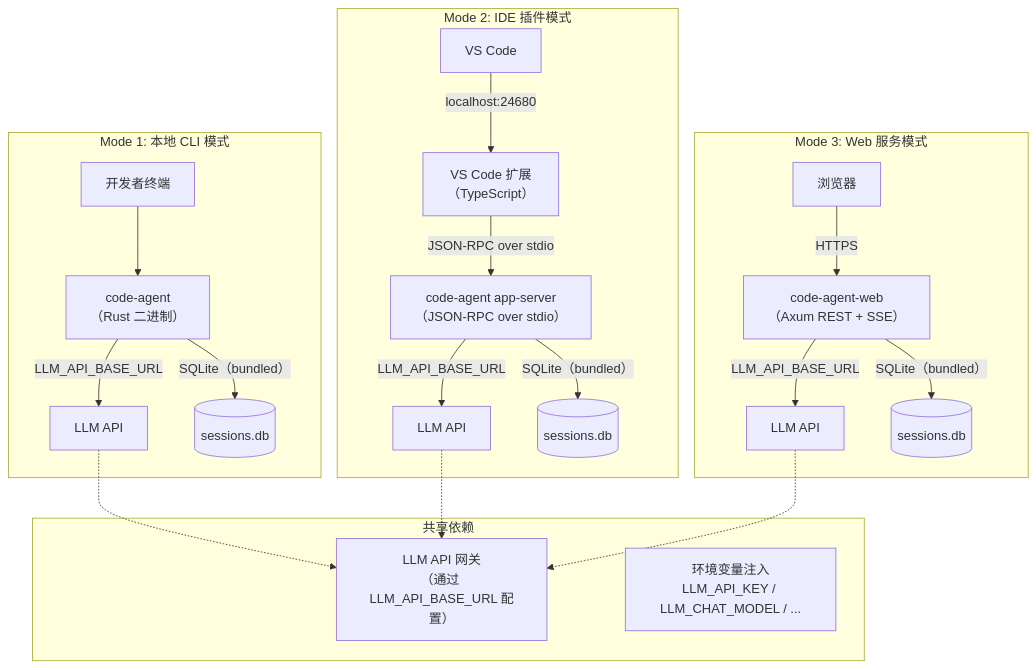
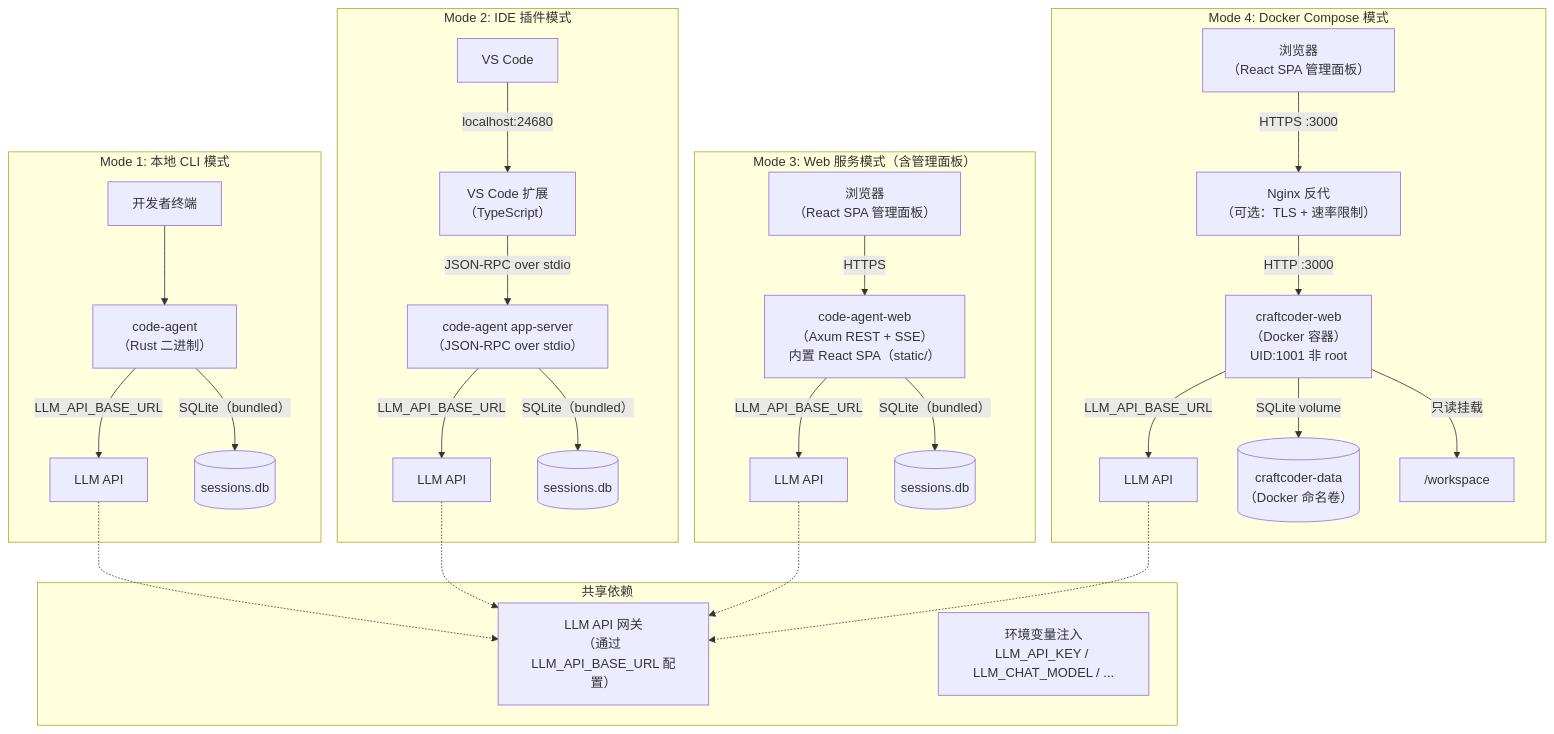
The first of 2 diagrams in doc/部署手册.md (anrror/CraftCoder), drawn with Mermaid before and after one commit. The commit also changed other lines of this file and 114 other files, not shown here.

````diff
--- a/doc/部署手册.md
+++ b/doc/部署手册.md
@@ -340,40 +467,53 @@
 ```mermaid
 graph TB
     subgraph Mode1["Mode 1: 本地 CLI 模式"]
         DEV1["开发者终端"]
         CLI1["code-agent<br/>（Rust 二进制）"]
         LLM1["LLM API"]
         DEV1 --> CLI1
         CLI1 -->|"LLM_API_BASE_URL"| LLM1
         CLI1 -->|"SQLite（bundled）"| DB1[("sessions.db")]
     end
 
     subgraph Mode2["Mode 2: IDE 插件模式"]
         DEV2["VS Code"]
         EXT["VS Code 扩展<br/>（TypeScript）"]
         APP_SRV["code-agent app-server<br/>（JSON-RPC over stdio）"]
         LLM2["LLM API"]
         DEV2 -->|"localhost:24680"| EXT
         EXT -->|"JSON-RPC over stdio"| APP_SRV
         APP_SRV -->|LLM_API_BASE_URL| LLM2
         APP_SRV -->|"SQLite（bundled）"| DB2[("sessions.db")]
     end
 
-    subgraph Mode3["Mode 3: Web 服务模式"]
-        BROWSER["浏览器"]
-        WEB["code-agent-web<br/>（Axum REST + SSE）"]
+    subgraph Mode3["Mode 3: Web 服务模式（含管理面板）"]
+        BROWSER["浏览器<br/>（React SPA 管理面板）"]
+        WEB["code-agent-web<br/>（Axum REST + SSE）<br/>内置 React SPA（static/）"]
         LLM3["LLM API"]
         BROWSER -->|"HTTPS"| WEB
         WEB -->|LLM_API_BASE_URL| LLM3
         WEB -->|"SQLite（bundled）"| DB3[("sessions.db")]
+    end
+
+    subgraph Mode4["Mode 4: Docker Compose 模式"]
+        DOCKER_BROWSER["浏览器<br/>（React SPA 管理面板）"]
+        DOCKER_NGINX["Nginx 反代<br/>（可选：TLS + 速率限制）"]
+        DOCKER_WEB["craftcoder-web<br/>（Docker 容器）<br/>UID:1001 非 root"]
+        DOCKER_LLM["LLM API"]
+        DOCKER_BROWSER -->|"HTTPS :3000"| DOCKER_NGINX
+        DOCKER_NGINX -->|"HTTP :3000"| DOCKER_WEB
+        DOCKER_WEB -->|LLM_API_BASE_URL| DOCKER_LLM
+        DOCKER_WEB -->|"SQLite volume"| DB4[("craftcoder-data<br/>（Docker 命名卷）")]
+        DOCKER_WEB -->|"只读挂载"| WS["/workspace"]
     end
 
     subgraph Shared["共享依赖"]
         LLM_GW["LLM API 网关<br/>（通过 LLM_API_BASE_URL 配置）"]
         ENV["环境变量注入<br/>LLM_API_KEY / LLM_CHAT_MODEL / ..."]
     end
 
     LLM1 -.-> LLM_GW
     LLM2 -.-> LLM_GW
     LLM3 -.-> LLM_GW
+    DOCKER_LLM -.-> LLM_GW
 ```
````
